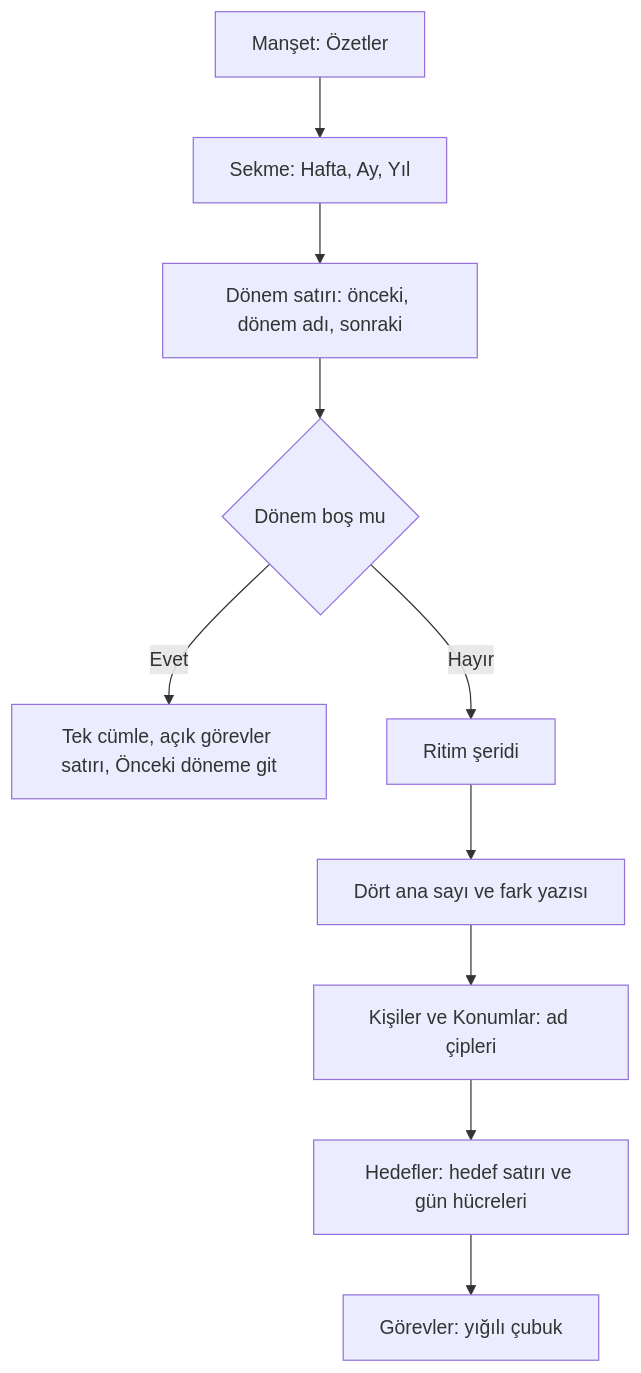
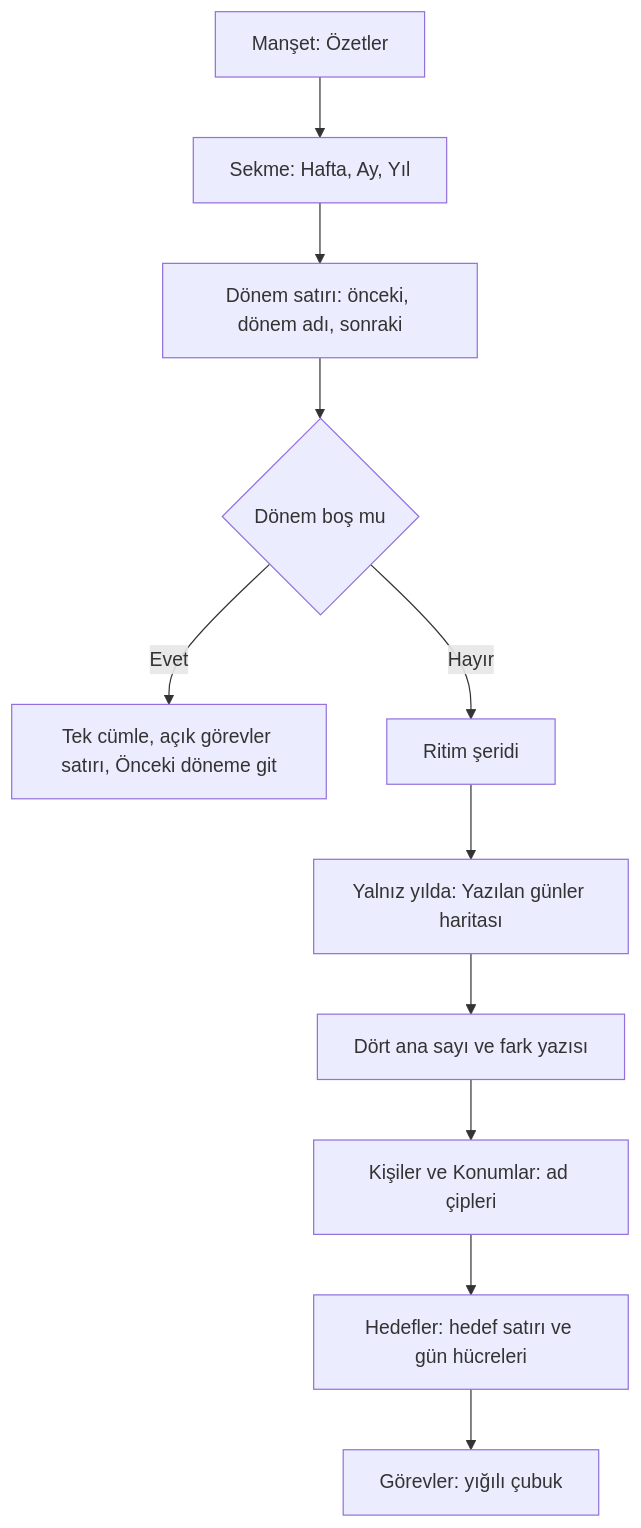
One commit to dogancanyildiz/kenet changed the seventh of 18 diagrams in docs/screens.md. Above: the diagram before and after it, drawn with Mermaid. The commit also changed other lines of this file and 24 other files, not shown here.

Commit message:
feat: Özetler yılında yazılan günler haritası ve haftalık incelemede kısa ritim (#249)

````diff
--- a/docs/screens.md
+++ b/docs/screens.md
@@ -477,12 +477,13 @@
 ```mermaid
 flowchart TD
     A[Manşet: Özetler] --> B[Sekme: Hafta, Ay, Yıl]
     B --> C[Dönem satırı: önceki, dönem adı, sonraki]
     C --> D{Dönem boş mu}
     D -->|Evet| E[Tek cümle, açık görevler satırı, Önceki döneme git]
     D -->|Hayır| F[Ritim şeridi]
-    F --> G[Dört ana sayı ve fark yazısı]
+    F --> Y[Yalnız yılda: Yazılan günler haritası]
+    Y --> G[Dört ana sayı ve fark yazısı]
     G --> H[Kişiler ve Konumlar: ad çipleri]
     H --> I[Hedefler: hedef satırı ve gün hücreleri]
     I --> J[Görevler: yığılı çubuk]
 ```
````
